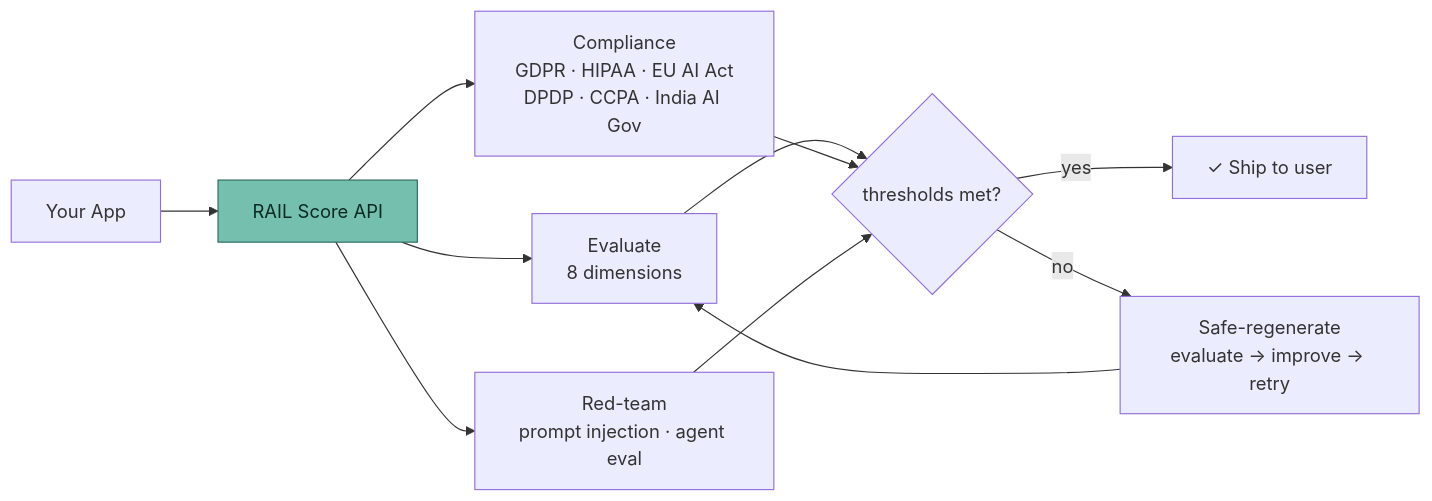
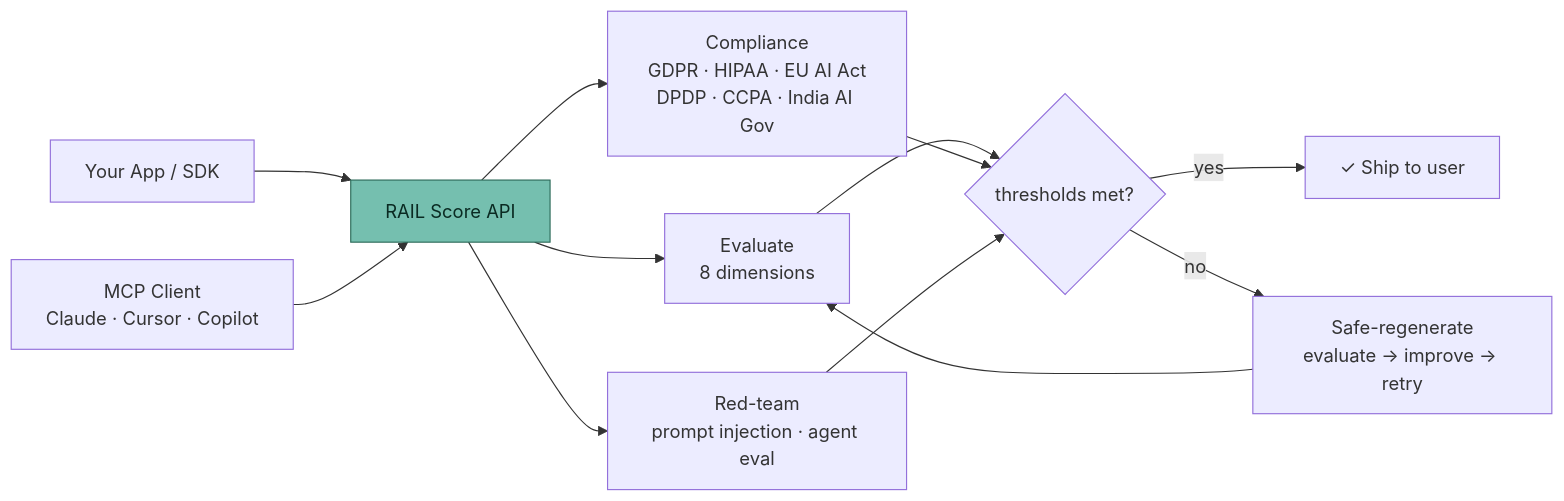
One commit to Responsible-AI-Labs/.github changed the diagram in profile/README.md. Above: the diagram before and after it, drawn with Mermaid. The commit also changed other lines of this file, not shown here.

Commit message:
docs(profile): add MCP server across org profile and expand SEO keywords

````diff
--- a/profile/README.md
+++ b/profile/README.md
@@ -65,15 +69,16 @@
 ```mermaid
 flowchart LR
-    App["Your App"] --> RAIL["RAIL Score API"]
+    App["Your App / SDK"] --> RAIL["RAIL Score API"]
+    MCP["MCP Client<br/>Claude · Cursor · Copilot"] --> RAIL
     RAIL --> Eval["Evaluate<br/>8 dimensions"]
     RAIL --> Comp["Compliance<br/>GDPR · HIPAA · EU AI Act<br/>DPDP · CCPA · India AI Gov"]
     RAIL --> RT["Red-team<br/>prompt injection · agent eval"]
     Eval --> Gate{thresholds met?}
     Comp --> Gate
     RT --> Gate
     Gate -- yes --> Pass["✓ Ship to user"]
     Gate -- no --> Regen["Safe-regenerate<br/>evaluate → improve → retry"]
     Regen --> Eval
     classDef brand fill:#75BFAF,stroke:#2D6B5A,color:#0A2A22;
     class RAIL brand;
 ```
````
